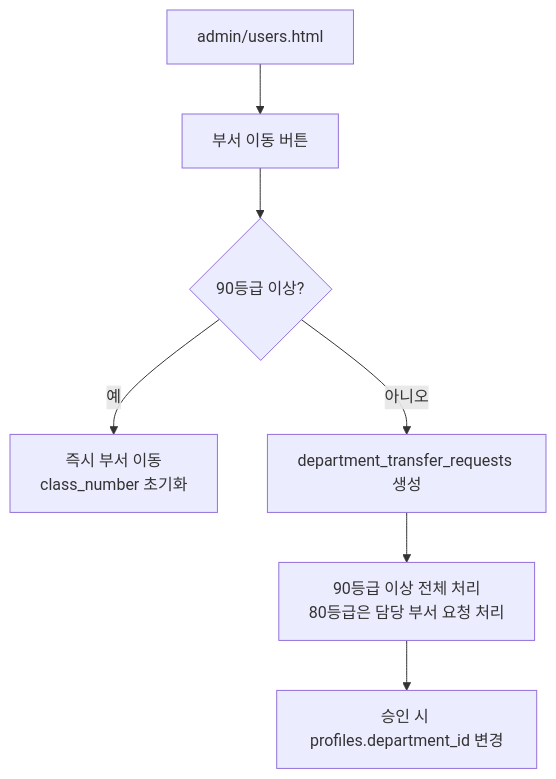
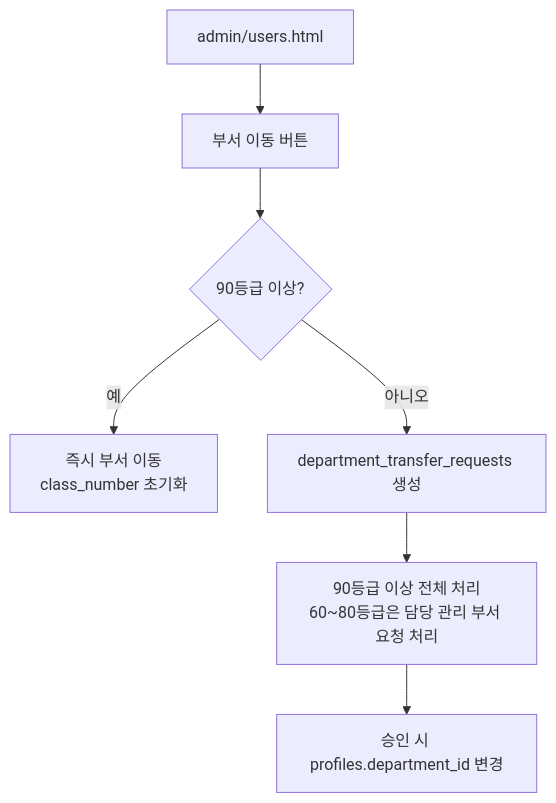
One commit to CHO-Talents/CHO-Talents changed the fifth of 6 diagrams in README.md. Above: the diagram before and after it, drawn with Mermaid. The commit also changed other lines of this file and 4 other files, not shown here.

````diff
--- a/README.md
+++ b/README.md
@@ -251,9 +260,9 @@
 ```mermaid
 flowchart TD
   UserAdmin["admin/users.html"] --> Transfer["부서 이동 버튼"]
   Transfer --> Rank{"90등급 이상?"}
   Rank -->|예| Immediate["즉시 부서 이동<br/>class_number 초기화"]
   Rank -->|아니오| Request["department_transfer_requests 생성"]
-  Request --> Approval["90등급 이상 전체 처리<br/>80등급은 담당 부서 요청 처리"]
+  Request --> Approval["90등급 이상 전체 처리<br/>60~80등급은 담당 관리 부서 요청 처리"]
   Approval --> Apply["승인 시 profiles.department_id 변경"]
 ```
````
